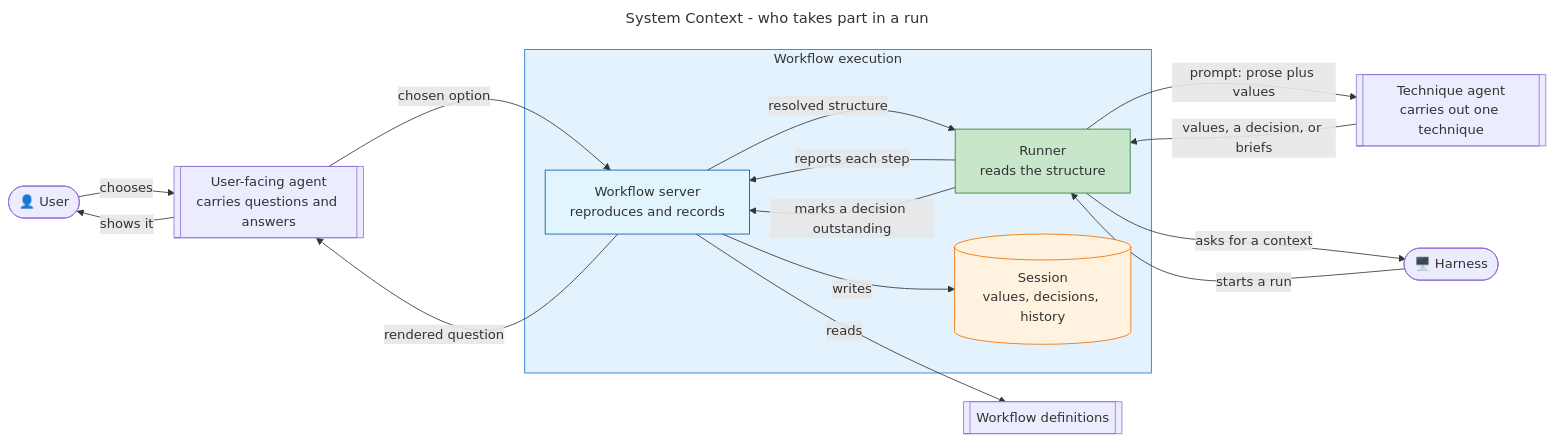
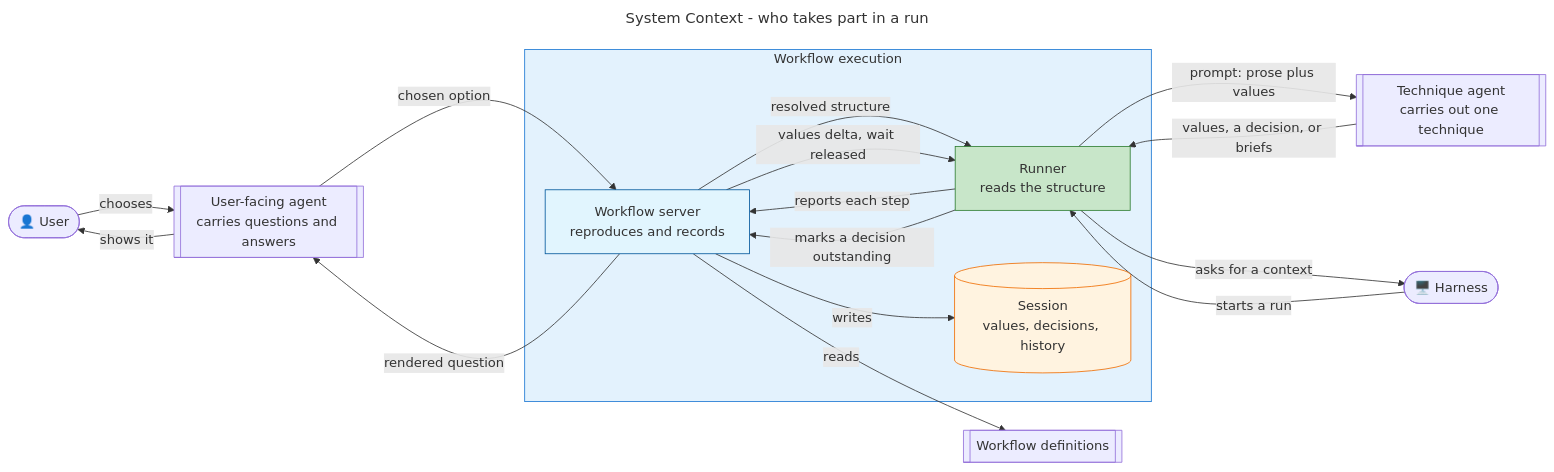
One commit to m2ux/workflow-server changed the first of 14 diagrams in artifacts/planning/2026-08-28-runner-execution-protocol/README.md. Above: the diagram before and after it, drawn with Mermaid. The commit also changed other lines of this file, not shown here.

First line of the commit message:
Reconcile the diagrams with the prose they illustrate

````diff
--- a/artifacts/planning/2026-08-28-runner-execution-protocol/README.md
+++ b/artifacts/planning/2026-08-28-runner-execution-protocol/README.md
@@ -54,37 +54,38 @@
 ```mermaid
 ---
 title: System Context - who takes part in a run
 ---
 flowchart LR
     User([👤 User])
     Harness([🖥️ Harness])
 
     subgraph Execution [Workflow execution]
         Runner[Runner<br/>reads the structure]
         Server[Workflow server<br/>reproduces and records]
         Session[(Session<br/>values, decisions, history)]
     end
 
     Agent[[Technique agent<br/>carries out one technique]]
     Facing[[User-facing agent<br/>carries questions and answers]]
     Defs[[Workflow definitions]]
 
     Harness -->|starts a run| Runner
     Runner -->|reports each step| Server
     Runner -->|prompt: prose plus values| Agent
     Agent -->|values, a decision, or briefs| Runner
     Runner -->|marks a decision outstanding| Server
     Server -->|rendered question| Facing
     Facing -->|shows it| User
     User -->|chooses| Facing
     Facing -->|chosen option| Server
     Runner -->|asks for a context| Harness
     Server -->|resolved structure| Runner
+    Server -->|values delta, wait released| Runner
     Server -->|reads| Defs
     Server -->|writes| Session
 
     style Execution fill:#e3f2fd,stroke:#1976d2
     style Runner fill:#c8e6c9,stroke:#2e7d32
     style Server fill:#e1f5fe,stroke:#01579b
     style Session fill:#fff3e0,stroke:#ef6c00
 ```
````
